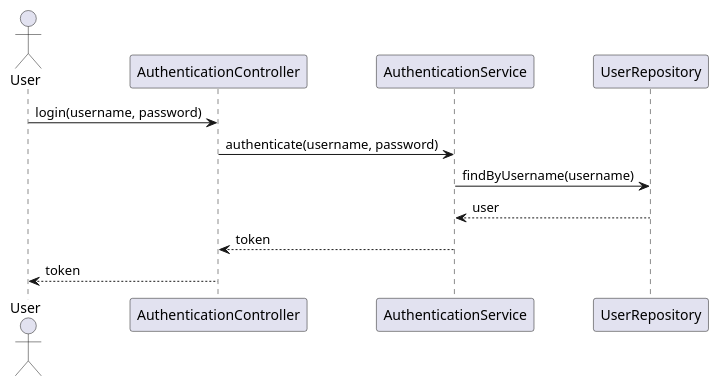
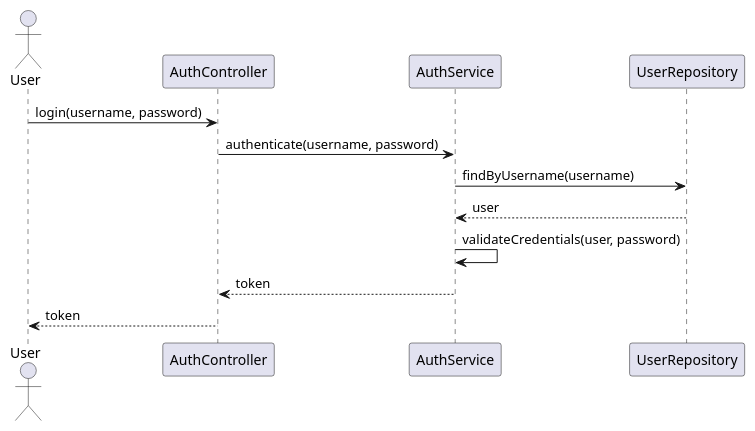
Before and after one commit to Dinesh-s95/AutoDoc.ai: the second of 4 diagrams in enrollment/documentation/detaileddesign.adoc, drawn with PlantUML. The commit also changed other lines of this file and 4 other files, not shown here.

```diff
--- a/enrollment/documentation/detaileddesign.adoc
+++ b/enrollment/documentation/detaileddesign.adoc
@@ -195,16 +206,17 @@
 [plantuml, authentication-sequence, png]
 ----
 @startuml
-actor User as user
-participant "AuthenticationController" as authController
-participant "AuthenticationService" as authService
-participant "UserRepository" as userRepo
+actor User
+participant "AuthController" as Controller
+participant "AuthService" as Service
+participant "UserRepository" as Repository
 
-user -> authController : login(username, password)
-authController -> authService : authenticate(username, password)
-authService -> userRepo : findByUsername(username)
-userRepo --> authService : user
-authService --> authController : token
-authController --> user : token
+User -> Controller : login(username, password)
+Controller -> Service : authenticate(username, password)
+Service -> Repository : findByUsername(username)
+Repository --> Service : user
+Service -> Service : validateCredentials(user, password)
+Service --> Controller : token
+Controller --> User : token
 @enduml
 ----
```
